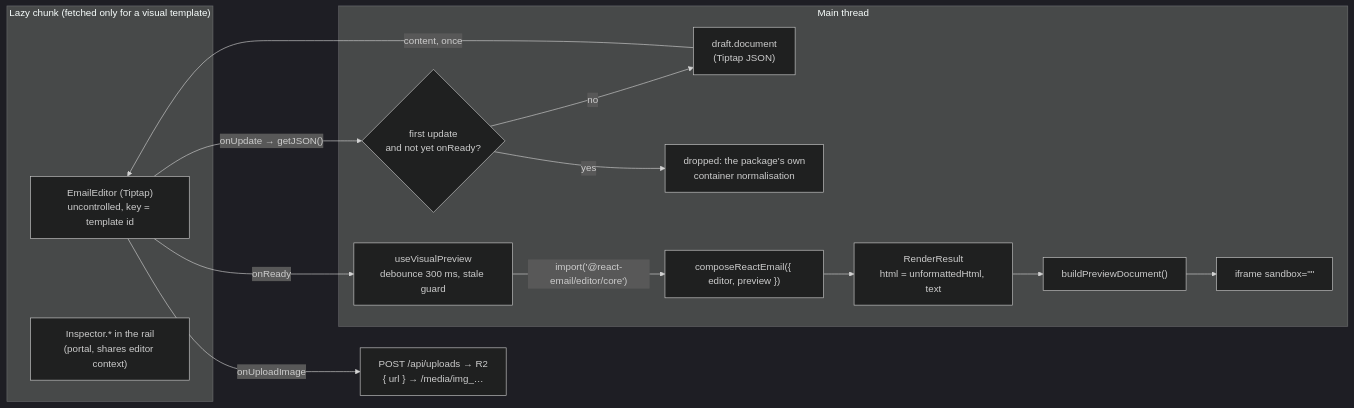
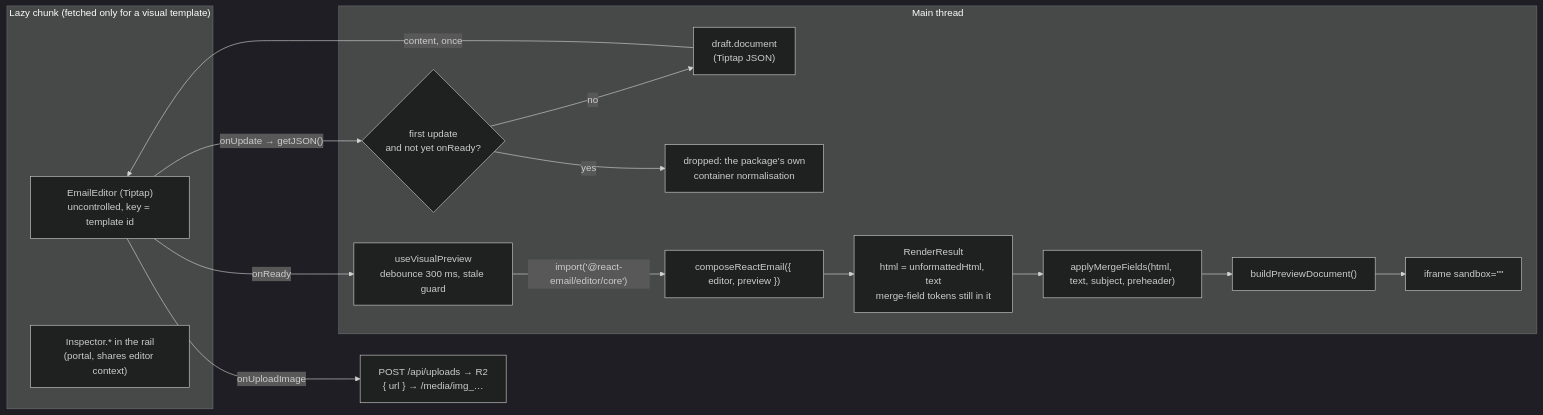
The third of 6 diagrams in docs/ARCHITECTURE.md (swarm-work/email-template-studio), drawn with Mermaid (dark theme) before and after one commit. The commit also changed other lines of this file and 40 other files, not shown here.

````diff
--- a/docs/ARCHITECTURE.md
+++ b/docs/ARCHITECTURE.md
@@ -78,18 +79,19 @@
 ```mermaid
 flowchart LR
   subgraph lazy["Lazy chunk (fetched only for a visual template)"]
     ED["EmailEditor (Tiptap)<br/>uncontrolled, key = template id"]
     INS["Inspector.* in the rail<br/>(portal, shares editor context)"]
   end
   subgraph main["Main thread"]
     DOC["draft.document<br/>(Tiptap JSON)"] -->|"content, once"| ED
     ED -->|"onUpdate → getJSON()"| GUARD{"first update<br/>and not yet onReady?"}
     GUARD -->|yes| DROP["dropped: the package's own<br/>container normalisation"]
     GUARD -->|no| DOC
     ED -->|onReady| HOOK["useVisualPreview<br/>debounce 300 ms, stale guard"]
     HOOK -->|"import('@react-email/editor/core')"| CMP["composeReactEmail({ editor, preview })"]
-    CMP --> RES["RenderResult<br/>html = unformattedHtml, text"]
-    RES --> PD["buildPreviewDocument()"] --> IFR["iframe sandbox=&quot;&quot;"]
+    CMP --> RES["RenderResult<br/>html = unformattedHtml, text<br/>merge-field tokens still in it"]
+    RES --> MF["applyMergeFields(html, text, subject, preheader)"]
+    MF --> PD["buildPreviewDocument()"] --> IFR["iframe sandbox=&quot;&quot;"]
   end
   ED -->|onUploadImage| UP["POST /api/uploads → R2<br/>{ url } → /media/img_…"]
 ```
````
